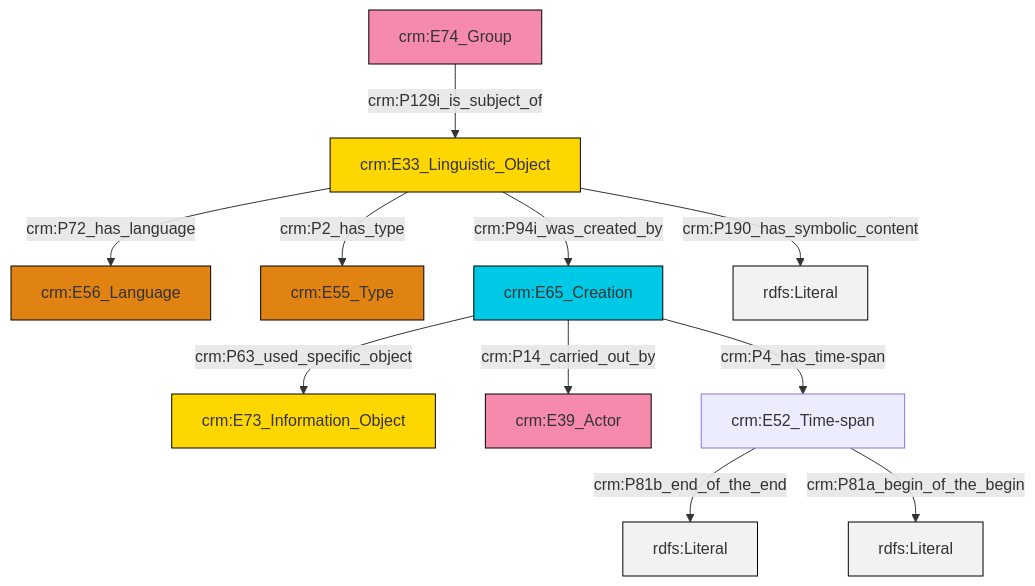
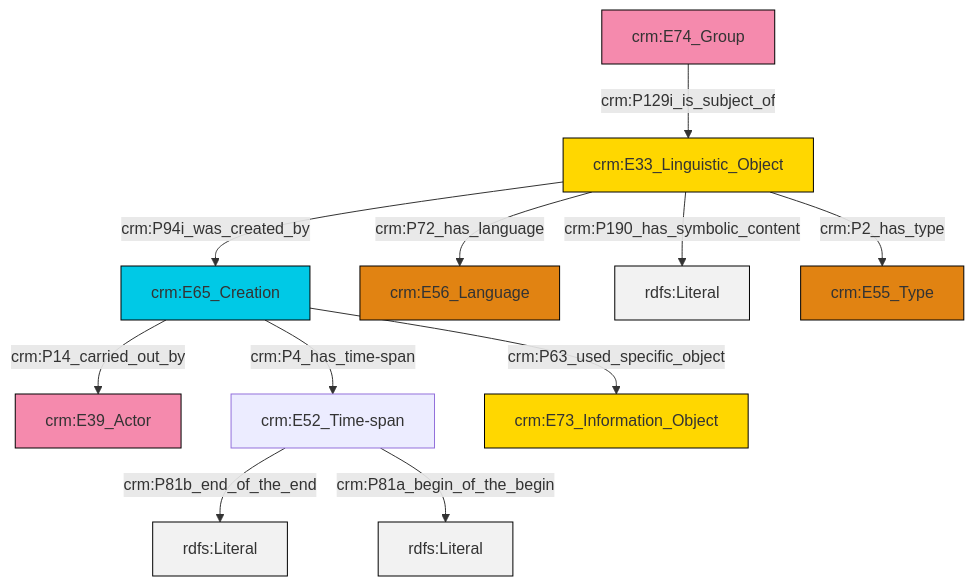
One commit to ncarboni/srdm changed the diagram in et/groupCSV/ttl/mmd/group_description.ttl.mmd. Above: the diagram before and after it, drawn with Mermaid. The commit also changed 395 other files, not shown here.

```diff
--- a/et/groupCSV/ttl/mmd/group_description.ttl.mmd
+++ b/et/groupCSV/ttl/mmd/group_description.ttl.mmd
@@ -1,25 +1,25 @@
 graph TD
 classDef Literal fill:#f2f2f2,stroke:#000000;
 classDef CRM_Entity fill:#FFFFFF,stroke:#000000;
 classDef Temporal_Entity fill:#00C9E6, stroke:#000000;
 classDef Type fill:#E18312, stroke:#000000;
 classDef Time-Span fill:#2C9C91, stroke:#000000;
 classDef Appellation fill:#FFEB7F, stroke:#000000;
 classDef Place fill:#008836, stroke:#000000;
 classDef Persistent_Item fill:#B266B2, stroke:#000000;
 classDef Conceptual_Object fill:#FFD700, stroke:#000000;
 classDef Physical_Thing fill:#D2B48C, stroke:#000000;
 classDef Actor fill:#f58aad, stroke:#000000;
 classDef PC_Classes fill:#4ce600, stroke:#000000;
 classDef Multi fill:#cccccc,stroke:#000000;
 
-0["crm:E33_Linguistic_Object"]:::Conceptual_Object -->|crm:P72_has_language| 1["crm:E56_Language"]:::Type
-5["crm:E65_Creation"]:::Temporal_Entity -->|crm:P63_used_specific_object| 6["crm:E73_Information_Object"]:::Conceptual_Object
-5["crm:E65_Creation"]:::Temporal_Entity -->|crm:P14_carried_out_by| 9["crm:E39_Actor"]:::Actor
-11["crm:E52_Time-span"]:::Default -->|crm:P81b_end_of_the_end| 12[rdfs:Literal]:::Literal
-5["crm:E65_Creation"]:::Temporal_Entity -->|crm:P4_has_time-span| 11["crm:E52_Time-span"]:::Default
-11["crm:E52_Time-span"]:::Default -->|crm:P81a_begin_of_the_begin| 14[rdfs:Literal]:::Literal
-7["crm:E74_Group"]:::Actor -->|crm:P129i_is_subject_of| 0["crm:E33_Linguistic_Object"]:::Conceptual_Object
-0["crm:E33_Linguistic_Object"]:::Conceptual_Object -->|crm:P2_has_type| 2["crm:E55_Type"]:::Type
-0["crm:E33_Linguistic_Object"]:::Conceptual_Object -->|crm:P94i_was_created_by| 5["crm:E65_Creation"]:::Temporal_Entity
-0["crm:E33_Linguistic_Object"]:::Conceptual_Object -->|crm:P190_has_symbolic_content| 18[rdfs:Literal]:::Literal
+0["crm:E65_Creation"]:::Temporal_Entity -->|crm:P14_carried_out_by| 1["crm:E39_Actor"]:::Actor
+2["crm:E33_Linguistic_Object"]:::Conceptual_Object -->|crm:P72_has_language| 3["crm:E56_Language"]:::Type
+4["crm:E52_Time-span"]:::Default -->|crm:P81b_end_of_the_end| 5[rdfs:Literal]:::Literal
+0["crm:E65_Creation"]:::Temporal_Entity -->|crm:P4_has_time-span| 4["crm:E52_Time-span"]:::Default
+0["crm:E65_Creation"]:::Temporal_Entity -->|crm:P63_used_specific_object| 6["crm:E73_Information_Object"]:::Conceptual_Object
+2["crm:E33_Linguistic_Object"]:::Conceptual_Object -->|crm:P190_has_symbolic_content| 7[rdfs:Literal]:::Literal
+2["crm:E33_Linguistic_Object"]:::Conceptual_Object -->|crm:P94i_was_created_by| 0["crm:E65_Creation"]:::Temporal_Entity
+4["crm:E52_Time-span"]:::Default -->|crm:P81a_begin_of_the_begin| 14[rdfs:Literal]:::Literal
+15["crm:E74_Group"]:::Actor -->|crm:P129i_is_subject_of| 2["crm:E33_Linguistic_Object"]:::Conceptual_Object
+2["crm:E33_Linguistic_Object"]:::Conceptual_Object -->|crm:P2_has_type| 12["crm:E55_Type"]:::Type
```
